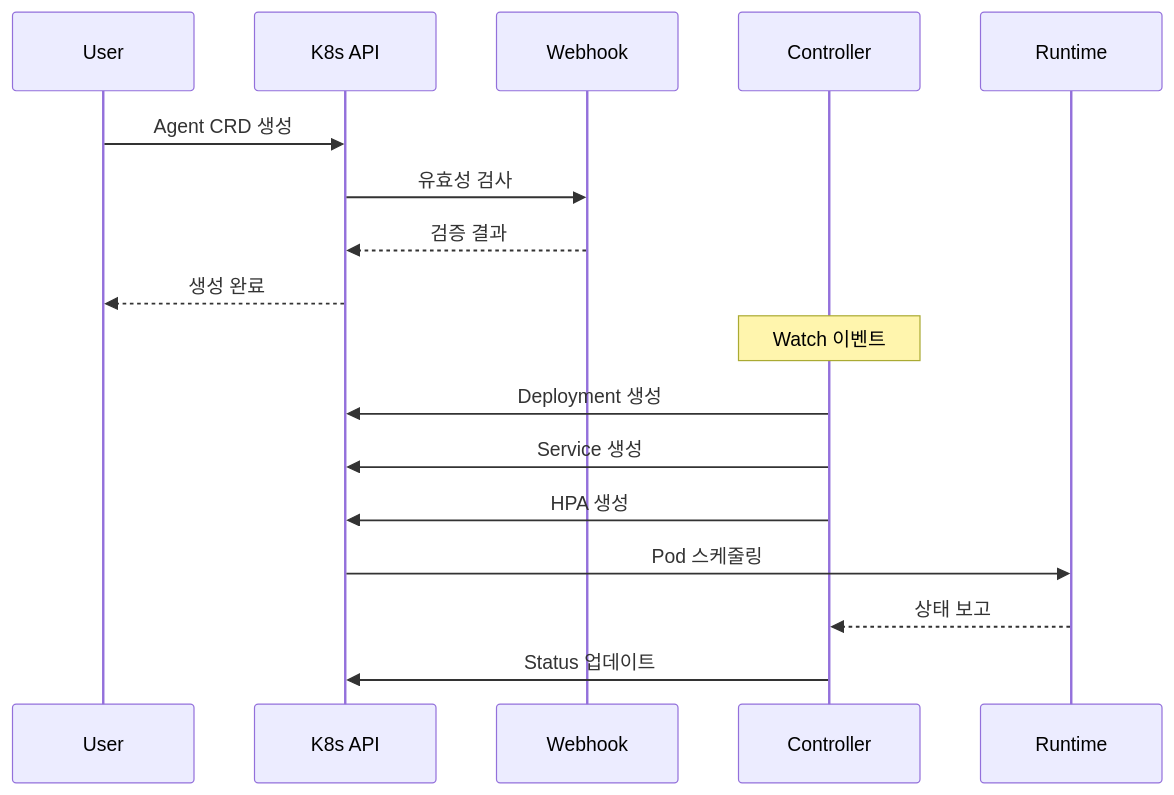
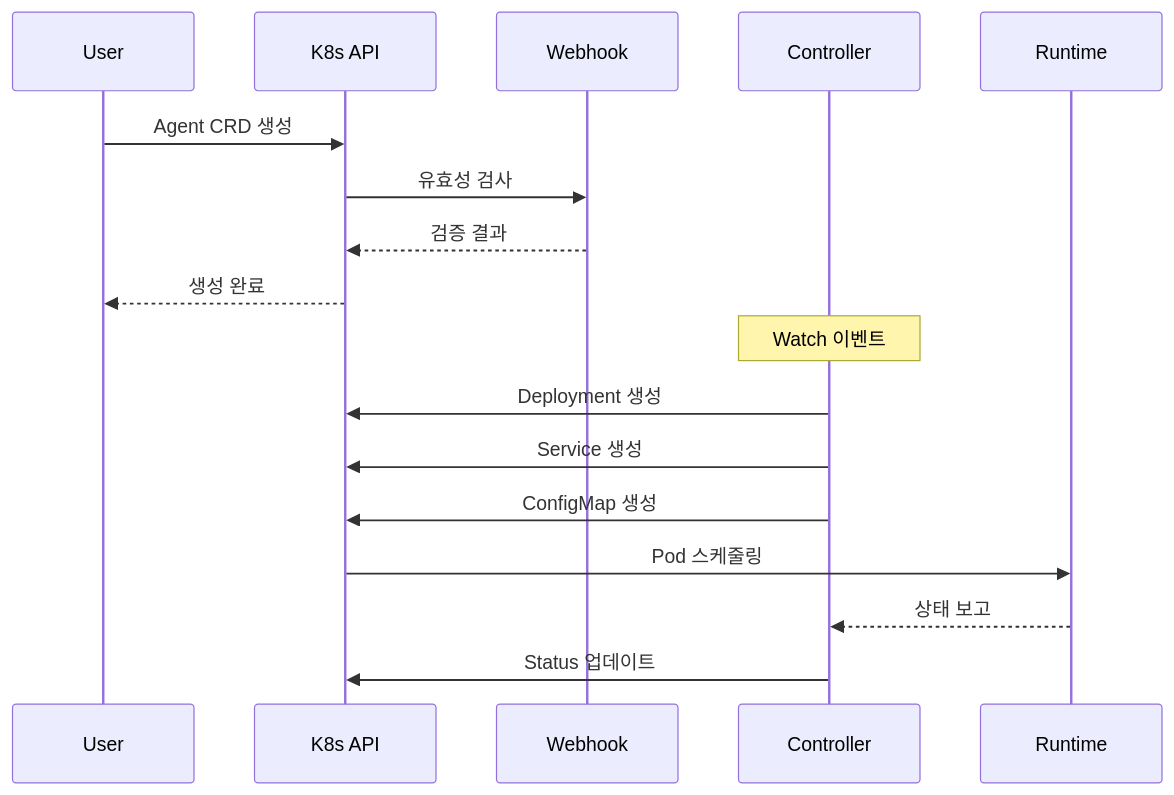
Before and after one commit to devfloor9/engineering-playbook: the second of 4 diagrams in i18n/ko/docusaurus-plugin-content-docs/current/agentic-ai-platform/operations-mlops/observability/kagent-kubernetes-agents.md, drawn with Mermaid. The commit also changed other lines of this file and 13 other files, not shown here.

````diff
--- a/i18n/ko/docusaurus-plugin-content-docs/current/agentic-ai-platform/operations-mlops/observability/kagent-kubernetes-agents.md
+++ b/i18n/ko/docusaurus-plugin-content-docs/current/agentic-ai-platform/operations-mlops/observability/kagent-kubernetes-agents.md
@@ -129,23 +130,23 @@
 ```mermaid
 sequenceDiagram
     participant U as User
     participant A as K8s API
     participant W as Webhook
     participant C as Controller
     participant R as Runtime
 
     U->>A: Agent CRD 생성
     A->>W: 유효성 검사
     W-->>A: 검증 결과
     A-->>U: 생성 완료
 
     Note over C: Watch 이벤트
 
     C->>A: Deployment 생성
     C->>A: Service 생성
-    C->>A: HPA 생성
+    C->>A: ConfigMap 생성
 
     A->>R: Pod 스케줄링
     R-->>C: 상태 보고
     C->>A: Status 업데이트
 ```
````
